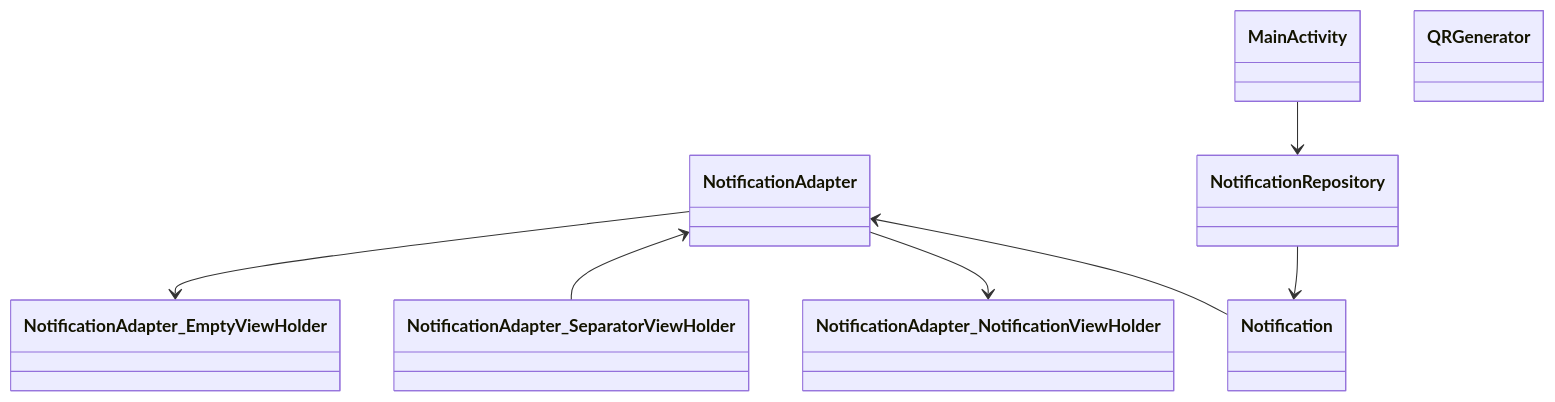
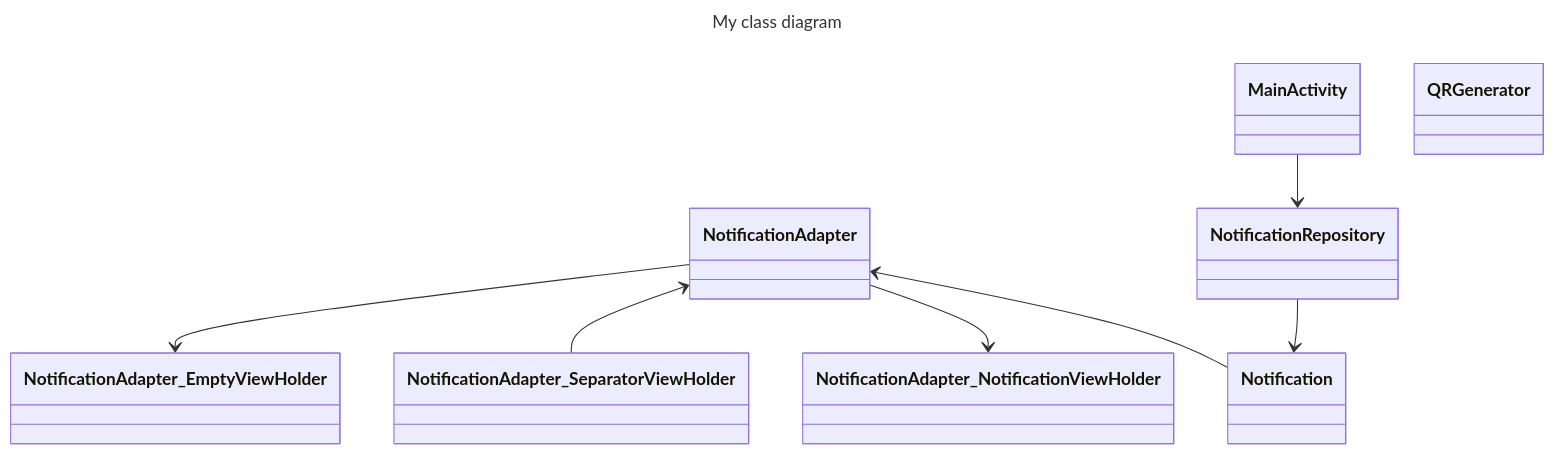
The diagram in test.mmd (CMPUT301F25rocket/umlink), drawn with Mermaid before and after one commit. The commit also changed 2 other files, not shown here.

```diff
--- a/test.mmd
+++ b/test.mmd
@@ -1,24 +1,30 @@
+---
+title: My class diagram
+umlink:
+  groupPackage: true
+---
+
 classDiagram
 
 class MainActivity
 
 class Notification
 
 class NotificationAdapter
 
 class NotificationAdapter_NotificationViewHolder
 
 class NotificationAdapter_SeparatorViewHolder
 
 class NotificationAdapter_EmptyViewHolder
 
 class NotificationRepository
 
 class QRGenerator
 
 NotificationAdapter <-- Notification
 NotificationAdapter --> NotificationAdapter_NotificationViewHolder
 NotificationAdapter <-- NotificationAdapter_SeparatorViewHolder
 NotificationAdapter --> NotificationAdapter_EmptyViewHolder
 NotificationRepository --> Notification
 MainActivity --> NotificationRepository
```
